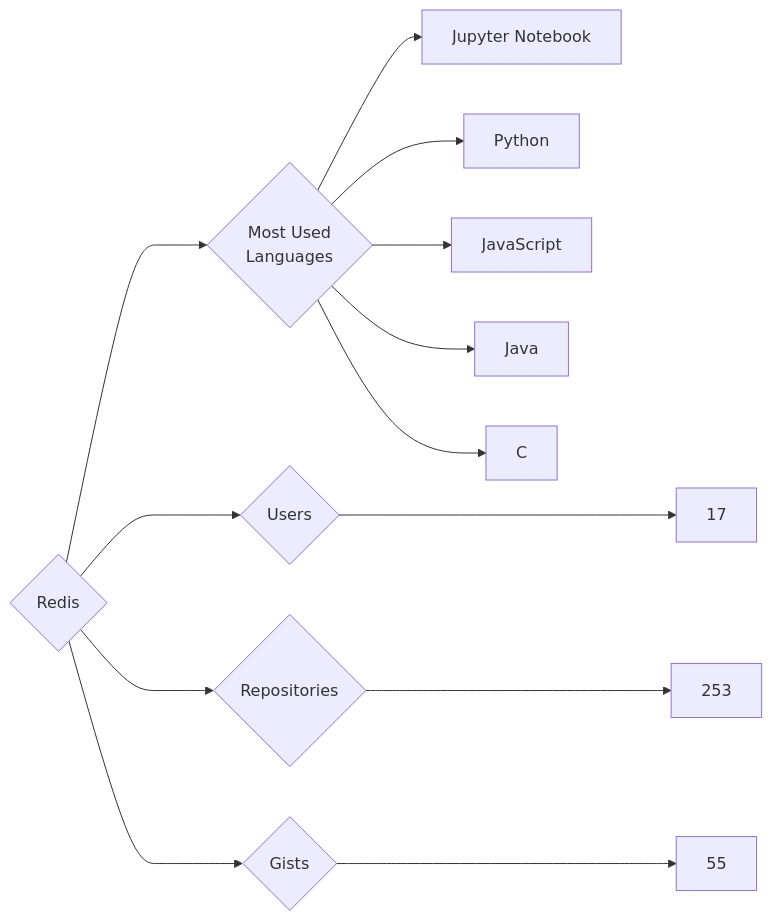
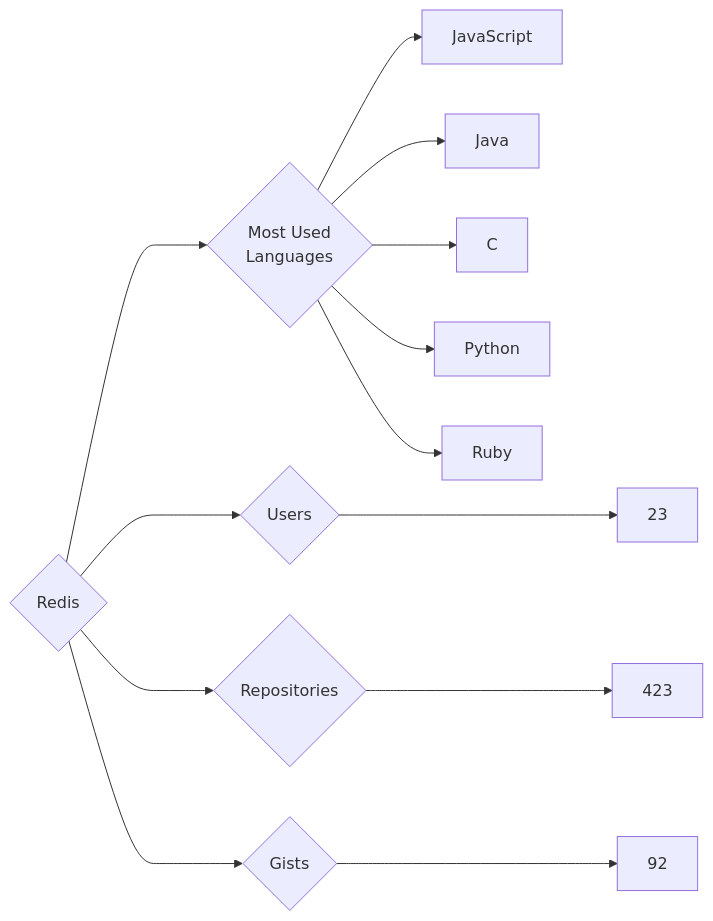
Before and after one commit to trickest/insiders: the diagram in targets/Redis/README.md, drawn with Mermaid. The commit also changed 973 other files, not shown here.

````diff
--- a/targets/Redis/README.md
+++ b/targets/Redis/README.md
@@ -3,13 +3,13 @@
 ```mermaid
 graph LR
 COMPANY_NAME{Redis}
-COMPANY_NAME ---> U{Users} ---> UN[17]
-COMPANY_NAME ---> R{Repositories} ---> RN[253]
-COMPANY_NAME ---> G{Gists} ---> GN[55]
+COMPANY_NAME ---> U{Users} ---> UN[23]
+COMPANY_NAME ---> R{Repositories} ---> RN[423]
+COMPANY_NAME ---> G{Gists} ---> GN[92]
 COMPANY_NAME ---> ML{Most Used<br>Languages}
-ML --> Jupyter_Notebook[Jupyter Notebook]
-ML --> Python[Python]
 ML --> JavaScript[JavaScript]
 ML --> Java[Java]
 ML --> C[C]
+ML --> Python[Python]
+ML --> Ruby[Ruby]
 ```
````
